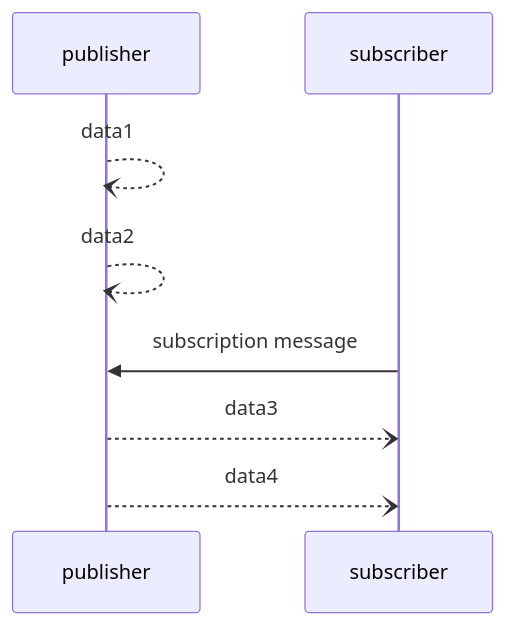
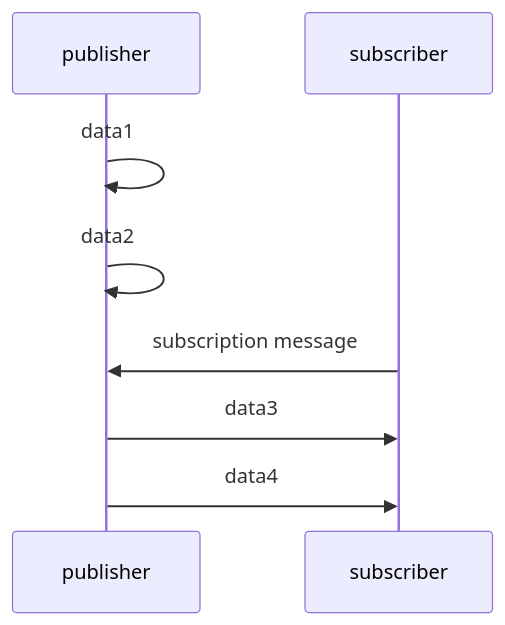
One commit to limuir/goby3-course changed the ninth of 13 diagrams in lectures/day2-comms/day2-comms_notes.md. Above: the diagram before and after it, drawn with Mermaid. The commit also changed other lines of this file, not shown here.

````diff
--- a/lectures/day2-comms/day2-comms_notes.md
+++ b/lectures/day2-comms/day2-comms_notes.md
@@ -1180,8 +1182,8 @@
 ```mermaid
 sequenceDiagram
-    publisher--)publisher: data1
-    publisher--)publisher: data2
+    publisher->>publisher: data1
+    publisher->>publisher: data2
     subscriber->>publisher: subscription message
-    publisher--)subscriber: data3
-    publisher--)subscriber: data4
+    publisher->>subscriber: data3
+    publisher->>subscriber: data4
 ```
````
